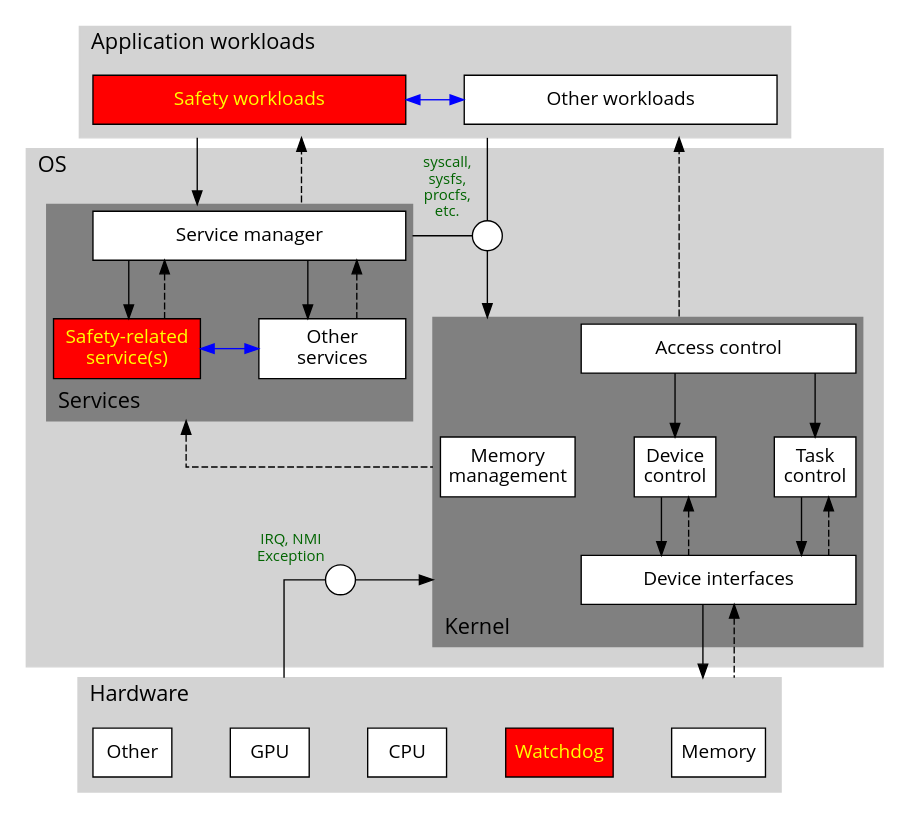
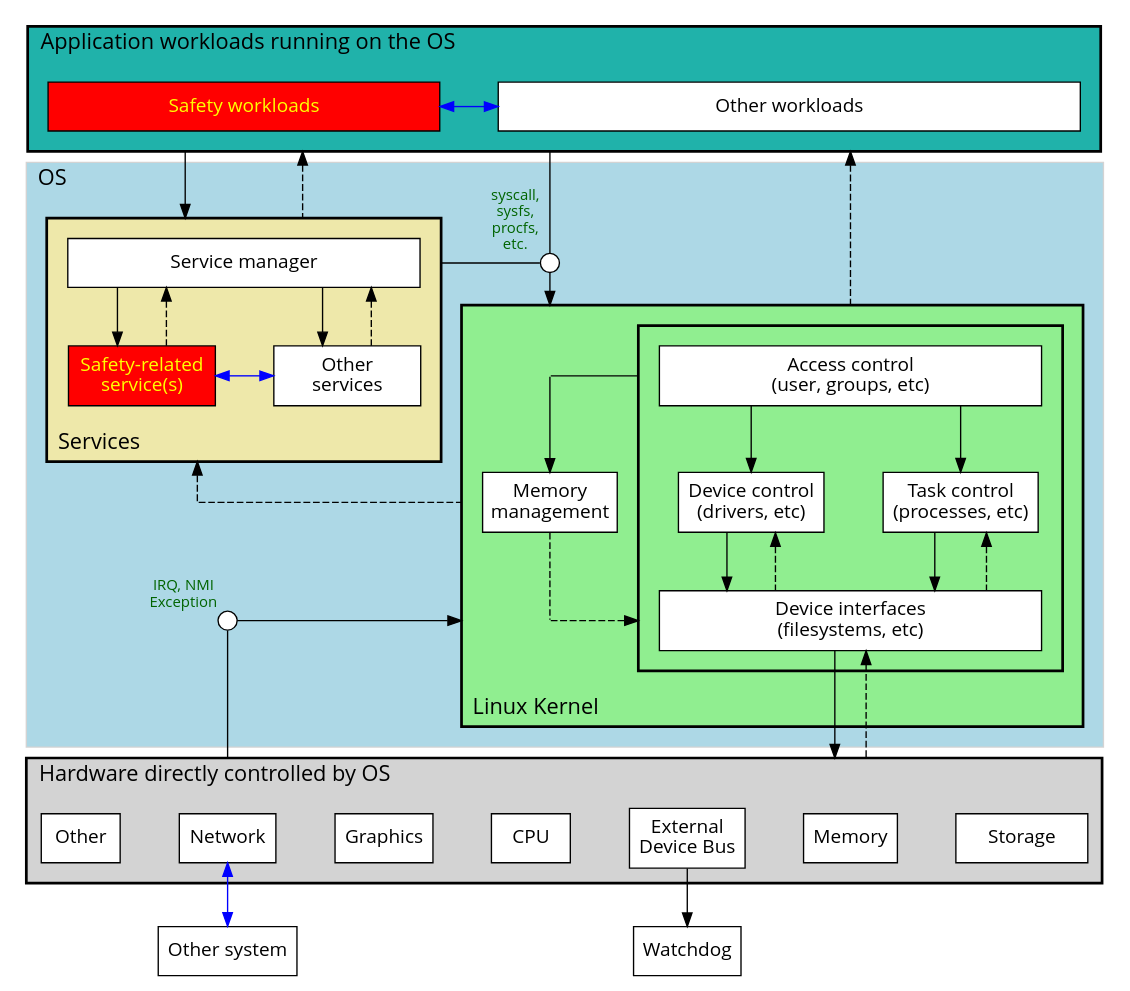
Before and after one commit to elisa-tech/wg-osep: the diagram in safety-analysis/linux-abstract-control-structure.dot, drawn with Graphviz. The commit also changed 1 other file, not shown here.

Commit message:
Update control structure after review

```diff
--- a/safety-analysis/linux-abstract-control-structure.dot
+++ b/safety-analysis/linux-abstract-control-structure.dot
@@ -1,88 +1,110 @@
 digraph G {
 node [shape=box width=0.8 height=0.5 labelloc=c margin=0.1
       fontname="Open Sans" fontsize=14 style=filled fillcolor=white]
 graph [splines=ortho ranksep=0.6 nodesep=0.6]
 edge [fontname="Open Sans" fontsize=12]
 layout=dot; overlap=false;
 ordering=out; compound=true; newrank=true;
 
 subgraph cluster_user {
-    label="Application workloads" labeljust=l color=lightgrey
-    fontname="Open Sans" fontsize=16 style=filled margin=10
-    rvc [label="Safety workloads" width=3.2 fillcolor=red fontcolor=yellow]
-    ivi [label="Other workloads" width=3.2]
+    label="Application workloads running on the OS" labeljust=l penwidth=2 fillcolor=lightseagreen
+    fontname="Open Sans" fontsize=16 style=filled margin=15
+    rvc [label="Safety workloads" width=4 fillcolor=red fontcolor=yellow]
+    ivi [label="Other workloads" width=5.95]
     }
 
 subgraph cluster_os {
-    label="OS" labeljust=l
+    label="OS" labeljust=l fillcolor=lightblue
     fontname="Open Sans" fontsize=16 margin=15 style=filled color=lightgrey
 
     subgraph cluster_services {
-    label="Services" color=grey labeljust=l labelloc=b margin=5
-        servman [label="Service manager" width=3.2]
+    pencolor=black fillcolor=palegoldenrod penwidth=2
+    label="Services" labeljust=l labelloc=b margin=15
+        servman [label="Service manager" width=3.6]
         services [label="Other\nservices" width=1.5]
         safeserv [label="Safety-related\nservice(s)" width=1.5 fillcolor=red fontcolor=yellow]
         }
 
     subgraph cluster_kernel {
-        label="Kernel" color=grey labeljust=l labelloc=b margin=5
+        pencolor=black fillcolor=lightgreen penwidth=2
+        label="Linux Kernel" labeljust=l labelloc=b margin=15
+        inmman [label="" width=0 height=0 style=invis]
         mman [label="Memory\nmanagement"]
-        acon [label="Access control" width=2.8]
-        dcon [label="Device\ncontrol"]
-        tcon [label="Task\ncontrol"]
-        dint [label="Device interfaces" width=2.8]
+        outmman [label="" width=0 height=0 style=invis]
+        subgraph cluster_kernel_sub {
+            label=""
+            acon [label="Access control\n(user, groups, etc)" width=3.9]
+            dcon [label="Device control\n(drivers, etc)"]
+            tcon [label="Task control\n(processes, etc)"]
+            dint [label="Device interfaces\n(filesystems, etc)" width=3.9]
+            }
         }
-    syscall [shape=circle width=0.3 height=0.3 fontsize=11
+    syscall [shape=circle width=0.2 height=0.2 fontsize=11
         label="" xlabel="syscall,\nsysfs,\nprocfs,\n etc." fontcolor=darkgreen]
-    interrupt [shape=circle width=0.3 height=0.3 fontsize=11
+    interrupt [shape=circle width=0.2 height=0.2 fontsize=11
         label="" xlabel="IRQ, NMI\nException" fontcolor=darkgreen]
     }
 
 subgraph cluster_hardware {
-    label="Hardware" style=filled color=lightgrey labelloc=t labeljust=l
+    label="Hardware directly controlled by OS"
+    style=filled penwidth=2 fillcolor=lightgrey labelloc=t labeljust=l
     fontname="Open Sans" fontsize=16 margin=11
+    Storage [width=1.35]
     memory [label="Memory"]
-    Watchdog [fillcolor=red fontcolor=yellow]
+    Bus [label="External\nDevice Bus"]
     processor [label="CPU"]
-    GPU
+    GPU [label="Graphics"]
+    Network
     Other
     }
 
+xsystem [label="Other system"]
+Watchdog
+
 {rank=same; rvc; ivi;}
 {rank=same; servman; syscall;}
-{rank=same; safeserv; services;}
+{rank=same; safeserv; services; inmman; acon}
 {rank=same; mman; dcon; tcon;}
-{rank=same; interrupt; dint}
-{rank=same; Other; GPU; memory; processor; Watchdog;}
+{rank=same; interrupt; outmman; dint}
+{rank=same; Other; GPU; memory; processor; Bus; Network; Storage;}
+{rank=same; xsystem; Watchdog;}
 
 rvc -> servman [ltail=cluster_user lhead=cluster_services]
 rvc -> servman [dir=back style=dashed ltail=cluster_user lhead=cluster_services]
 ivi -> syscall [dir=none ltail=cluster_user]
 ivi -> acon [dir=back style=dashed ltail=cluster_user lhead=cluster_kernel]
 rvc -> ivi [dir=both color=blue]
 
-syscall -> mman [lhead=cluster_kernel]
+syscall -> inmman [lhead=cluster_kernel weight=3]
 
 servman -> syscall [dir=none ltail=cluster_services weight=2]
 safeserv -> mman [dir=back style=dashed ltail=cluster_services lhead=cluster_kernel]
 
 servman -> safeserv
 servman -> safeserv [dir=back style=dashed]
 servman -> services
 servman -> services [dir=back style=dashed]
 safeserv -> services [dir=both color=blue]
 
-mman -> dcon [style=invis]
+inmman -> acon [dir=none lhead=cluster_kernel_sub]
+mman -> outmman [dir=none style=dashed]
+outmman -> dint [style=dashed lhead=cluster_kernel_sub]
+inmman -> mman
+
 acon -> dcon
-acon -> tcon [weight=3]
+acon -> tcon
 dcon -> dint
 dcon -> dint [dir=back style=dashed]
 tcon -> dint
-tcon -> dint [dir=back style=dashed weight=2]
+tcon -> dint [dir=back style=dashed]
 
-interrupt -> GPU [dir=none lhead=cluster_hardware weight=1]
-interrupt -> dint [lhead=cluster_kernel weight=1]
+interrupt -> Network [dir=none lhead=cluster_hardware weight=2]
+interrupt -> outmman [lhead=cluster_kernel weight=1]
 
 dint -> memory [lhead=cluster_hardware weight=1]
-dint -> memory [dir=back style=dashed lhead=cluster_hardware weight=1]
+dint -> memory [dir=back style=dashed lhead=cluster_hardware]
+
+Network -> xsystem [dir=both color=blue weight=2]
+xsystem -> Watchdog [style=invis]
+Bus -> Watchdog [weight=2]
 }
```
